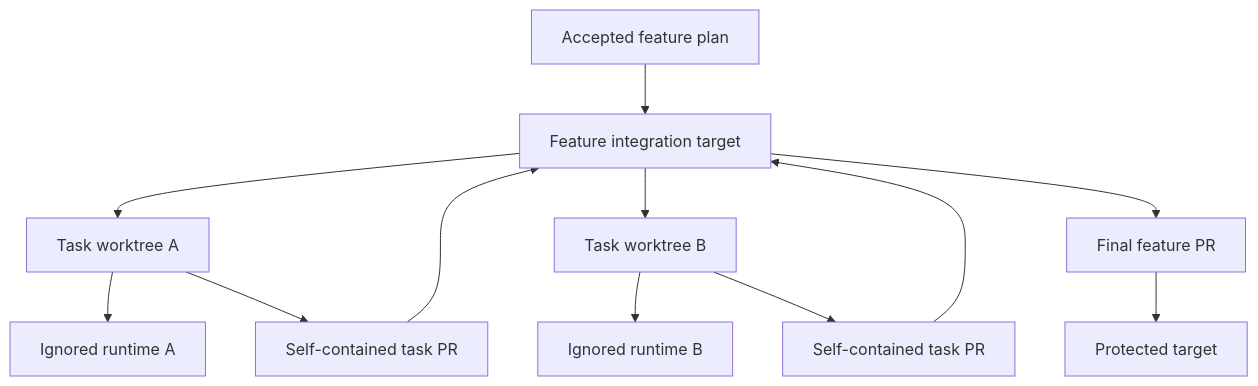
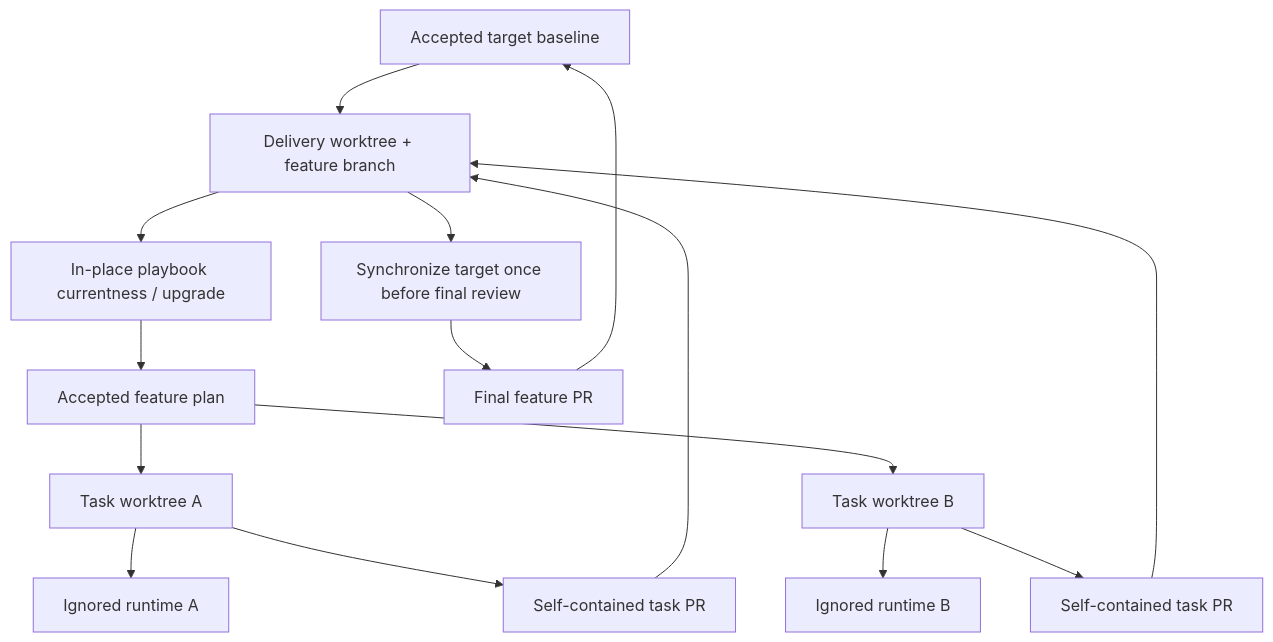
Before and after one commit to hhhhhusky777/spec-driven-delivery-playbook: diagram 11 of 11 in README.md, drawn with Mermaid. The commit also changed other lines of this file and 6 other files, not shown here.

Commit message:
docs: define in-place delivery upgrades

````diff
--- a/README.md
+++ b/README.md
@@ -430,14 +433,17 @@
 ```mermaid
 flowchart TD
-    F["Accepted feature plan"] --> B["Feature integration target"]
-    B --> T1["Task worktree A"]
-    B --> T2["Task worktree B"]
+    M["Accepted target baseline"] --> B["Delivery worktree + feature branch"]
+    B --> U["In-place playbook currentness / upgrade"]
+    U --> F["Accepted feature plan"]
+    F --> T1["Task worktree A"]
+    F --> T2["Task worktree B"]
     T1 --> R1["Ignored runtime A"]
     T2 --> R2["Ignored runtime B"]
     T1 --> P1["Self-contained task PR"]
     T2 --> P2["Self-contained task PR"]
     P1 --> B
     P2 --> B
-    B --> FP["Final feature PR"]
-    FP --> M["Protected target"]
+    B --> S["Synchronize target once before final review"]
+    S --> FP["Final feature PR"]
+    FP --> M
 ```
````
